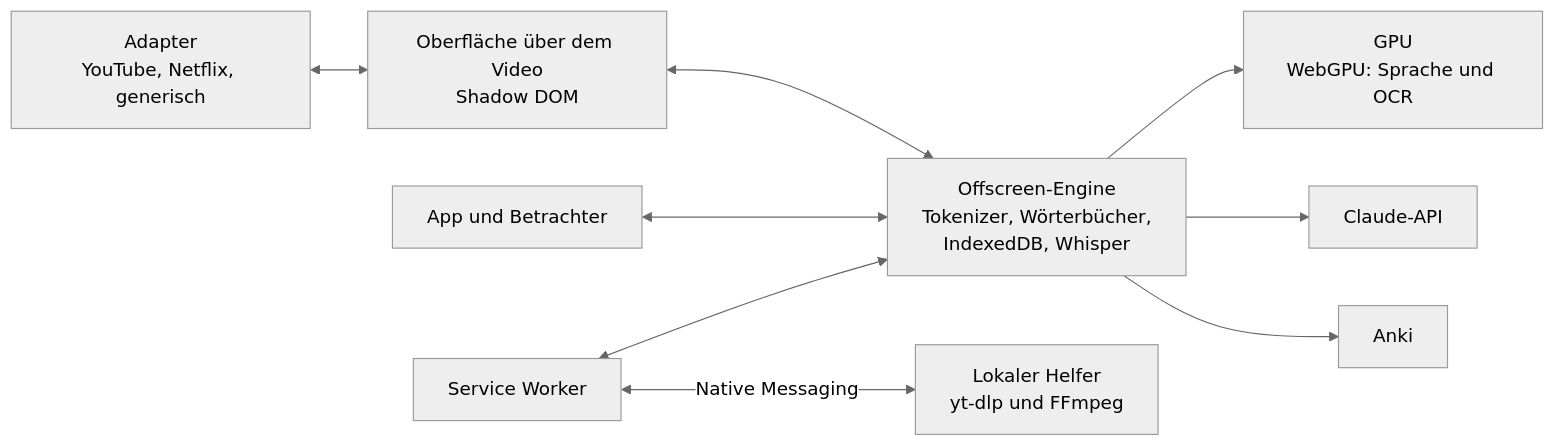
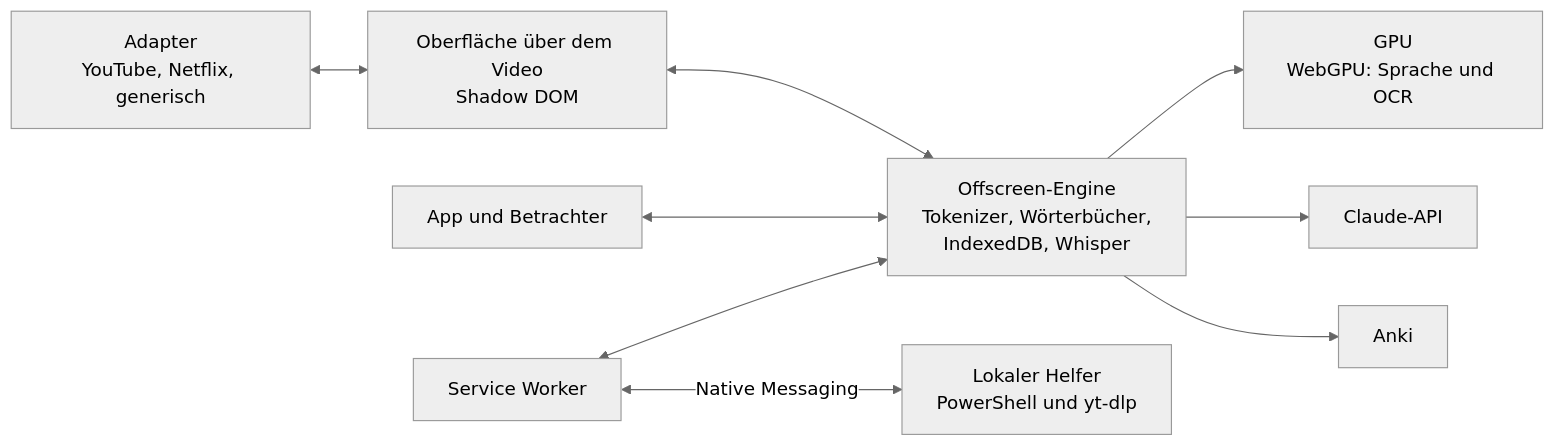
The second of 2 diagrams in README.de.md (Eliam4510/kotonoha), drawn with Mermaid (neutral theme) before and after one commit. The commit also changed other lines of this file and 83 other files, not shown here.

````diff
--- a/README.de.md
+++ b/README.de.md
@@ -168,11 +170,11 @@
 ```mermaid
 flowchart LR
   P["Adapter<br/>YouTube, Netflix, generisch"] <--> C["Oberfläche über dem Video<br/>Shadow DOM"]
   C <--> M["Offscreen-Engine<br/>Tokenizer, Wörterbücher,<br/>IndexedDB, Whisper"]
   A["App und Betrachter"] <--> M
   M --> G["GPU<br/>WebGPU: Sprache und OCR"]
   M --> CL["Claude-API"]
   M --> AN["Anki"]
   S["Service Worker"] <--> M
-  S <-->|Native Messaging| H["Lokaler Helfer<br/>yt-dlp und FFmpeg"]
+  S <-->|Native Messaging| H["Lokaler Helfer<br/>PowerShell und yt-dlp"]
 ```
````
